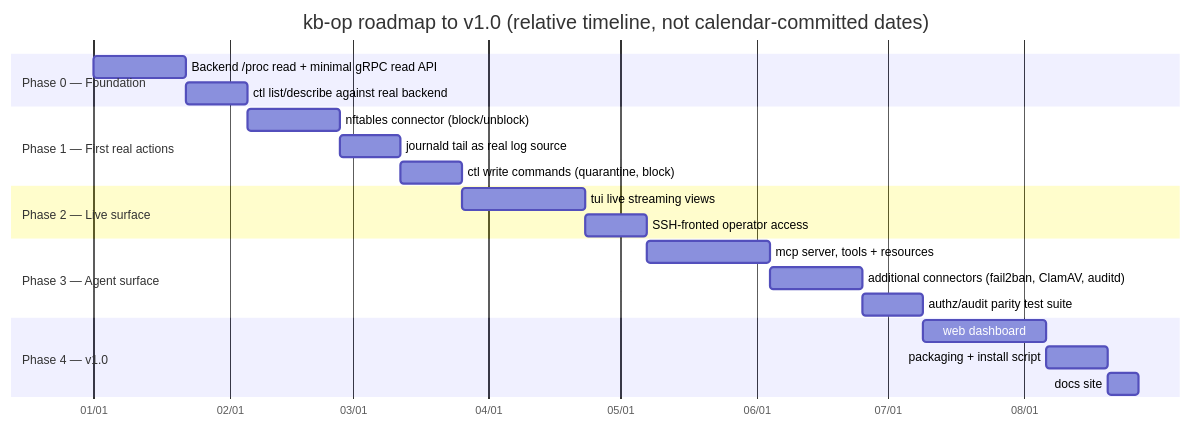
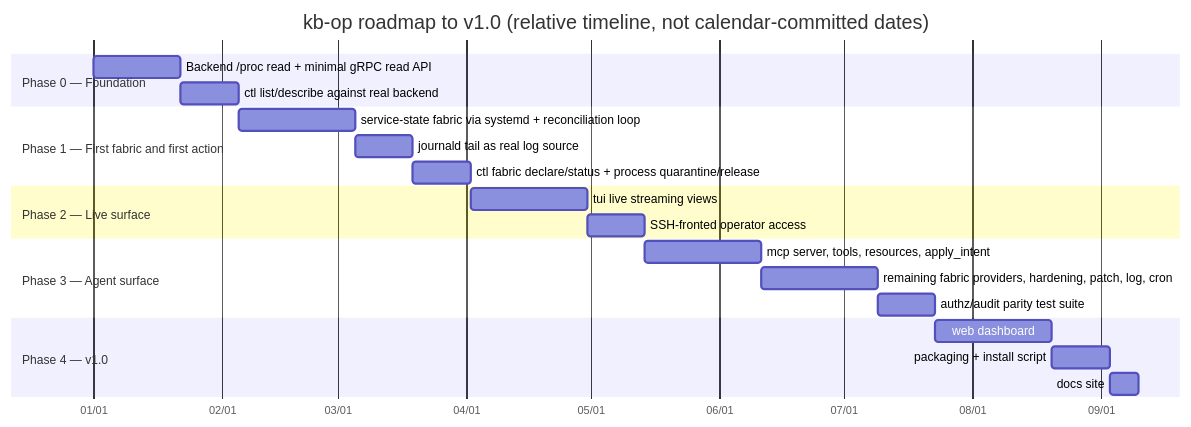
One commit to pardhuvarmax/kernel-borderlands changed the ninth of 9 diagrams in docs/emergency-backup/kb-op.md. Above: the diagram before and after it, drawn with Mermaid. The commit also changed other lines of this file, not shown here.

````diff
--- a/docs/emergency-backup/kb-op.md
+++ b/docs/emergency-backup/kb-op.md
@@ -936,24 +1283,24 @@
 ```mermaid
 gantt
     title kb-op roadmap to v1.0 (relative timeline, not calendar-committed dates)
     dateFormat YYYY-MM-DD
     axisFormat %m/%d
     section Phase 0 — Foundation
     Backend /proc read + minimal gRPC read API      :p0, 2025-01-01, 3w
     ctl list/describe against real backend           :p0b, after p0, 2w
-    section Phase 1 — First real actions
-    nftables connector (block/unblock)                :p1, after p0b, 3w
+    section Phase 1 — First fabric and first action
+    service-state fabric via systemd + reconciliation loop :p1, after p0b, 4w
     journald tail as real log source                  :p1b, after p1, 2w
-    ctl write commands (quarantine, block)             :p1c, after p1b, 2w
+    ctl fabric declare/status + process quarantine/release :p1c, after p1b, 2w
     section Phase 2 — Live surface
     tui live streaming views                          :p2, after p1c, 4w
     SSH-fronted operator access                        :p2b, after p2, 2w
     section Phase 3 — Agent surface
-    mcp server, tools + resources                      :p3, after p2b, 4w
-    additional connectors (fail2ban, ClamAV, auditd)    :p3b, after p3, 3w
+    mcp server, tools, resources, apply_intent          :p3, after p2b, 4w
+    remaining fabric providers, hardening, patch, log, cron :p3b, after p3, 4w
     authz/audit parity test suite                       :p3c, after p3b, 2w
     section Phase 4 — v1.0
     web dashboard                                       :p4, after p3c, 4w
     packaging + install script                          :p4b, after p4, 2w
     docs site                                            :p4c, after p4b, 1w
 ```
````
